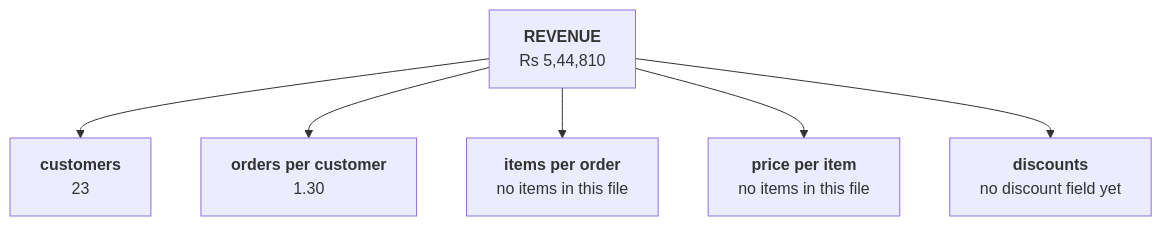
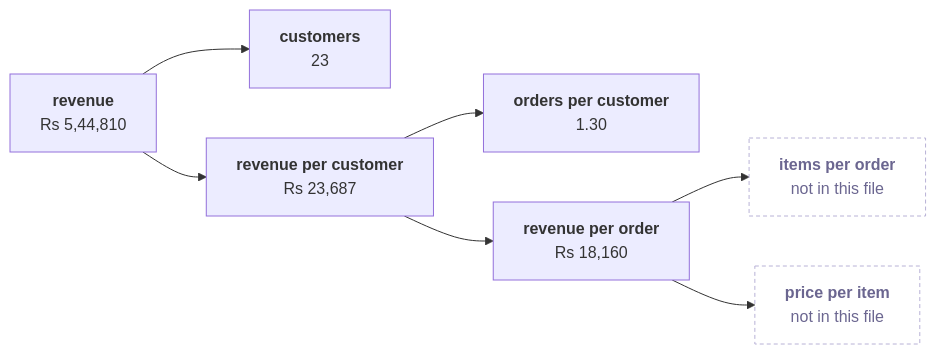
The third of 7 diagrams in content/W01/D1/slides/C2_W01_D01_half2_STUDENT.md (fde-academy-lab/c2-content-factory), drawn with Mermaid before and after one commit. The commit also changed other lines of this file and 3 other files, not shown here.

````diff
--- a/content/W01/D1/slides/C2_W01_D01_half2_STUDENT.md
+++ b/content/W01/D1/slides/C2_W01_D01_half2_STUDENT.md
@@ -127,9 +226,11 @@
 ```mermaid
-flowchart TB
-    R["<b>REVENUE</b><br/>Rs 5,44,810"]
-    R --> C["<b>customers</b><br/>23"]
-    R --> F["<b>orders per customer</b><br/>1.30"]
-    R --> I["<b>items per order</b><br/>no items in this file"]
-    R --> P["<b>price per item</b><br/>no items in this file"]
-    R --> D["<b>discounts</b><br/>no discount field yet"]
+flowchart LR
+    R["<b>revenue</b><br/>Rs 5,44,810"] --> C["<b>customers</b><br/>23"]
+    R --> V["<b>revenue per customer</b><br/>Rs 23,687"]
+    V --> F["<b>orders per customer</b><br/>1.30"]
+    V --> O["<b>revenue per order</b><br/>Rs 18,160"]
+    O --> B["<b>items per order</b><br/>not in this file"]
+    O --> P["<b>price per item</b><br/>not in this file"]
+    classDef unknown fill:#FFFFFF,stroke:#B8B2D6,color:#6B6690,stroke-dasharray:4 3
+    class B,P unknown
 ```
````
